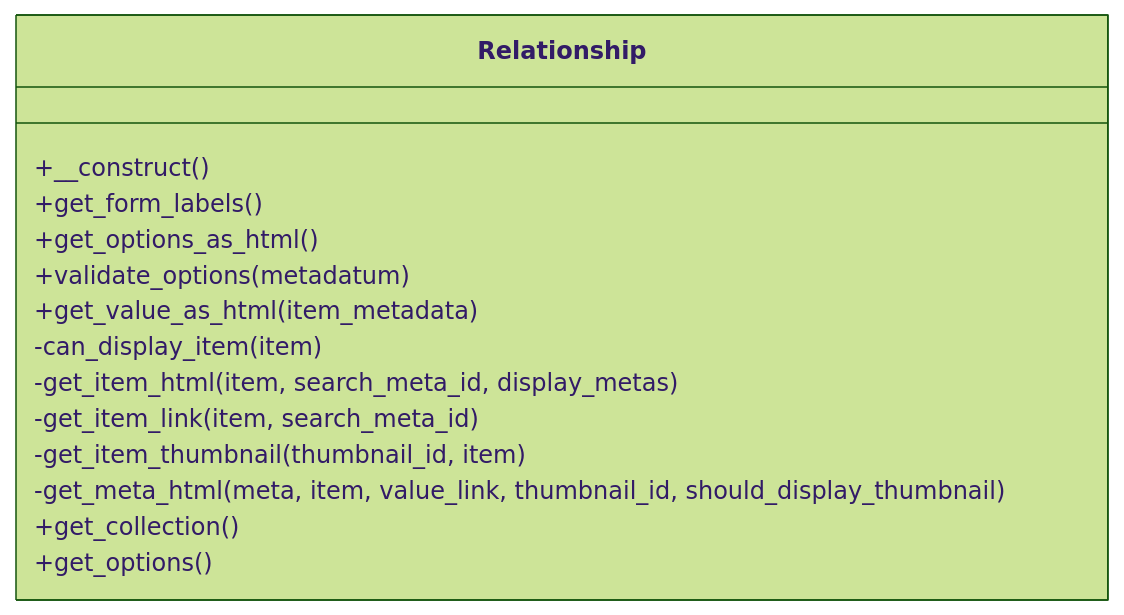
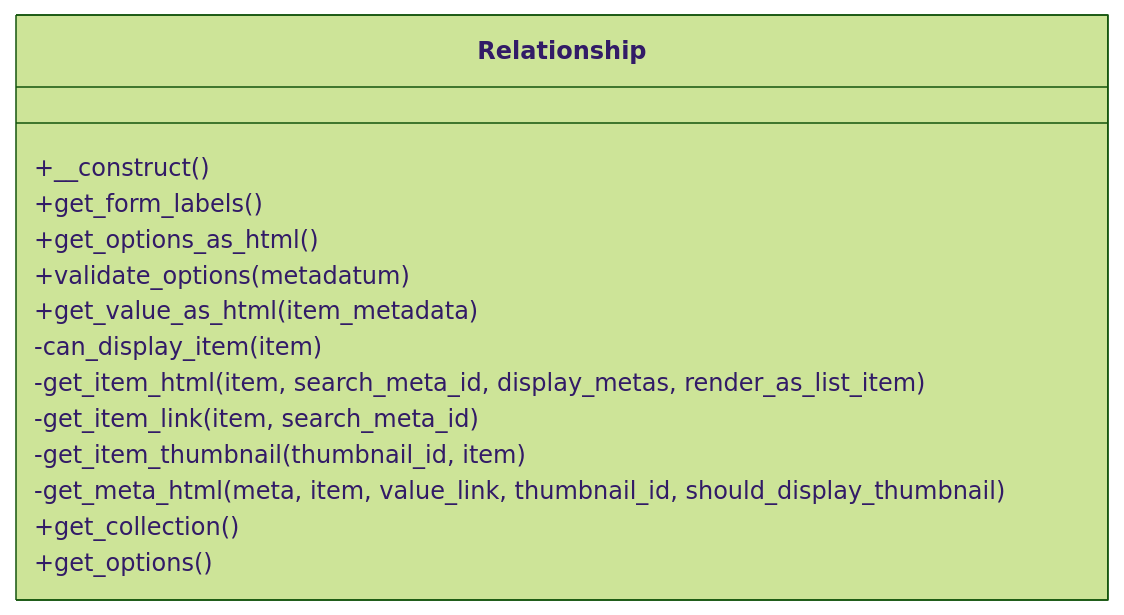
The diagram in docs/phpdoc/classes/Tainacan/Metadata_Types/Relationship.md (tainacan/tainacan), drawn with Mermaid (forest theme) before and after one commit. The commit also changed other lines of this file and 193 other files, not shown here.

````diff
--- a/docs/phpdoc/classes/Tainacan/Metadata_Types/Relationship.md
+++ b/docs/phpdoc/classes/Tainacan/Metadata_Types/Relationship.md
@@ -13,18 +13,18 @@
 ```mermaid
 classDiagram
     direction TB
     class Relationship {
         +__construct()
         +get_form_labels()
         +get_options_as_html()
         +validate_options(metadatum)
         +get_value_as_html(item_metadata)
         -can_display_item(item)
-        -get_item_html(item, search_meta_id, display_metas)
+        -get_item_html(item, search_meta_id, display_metas, render_as_list_item)
         -get_item_link(item, search_meta_id)
         -get_item_thumbnail(thumbnail_id, item)
         -get_meta_html(meta, item, value_link, thumbnail_id, should_display_thumbnail)
         +get_collection()
         +get_options()
     }
 ```
````
